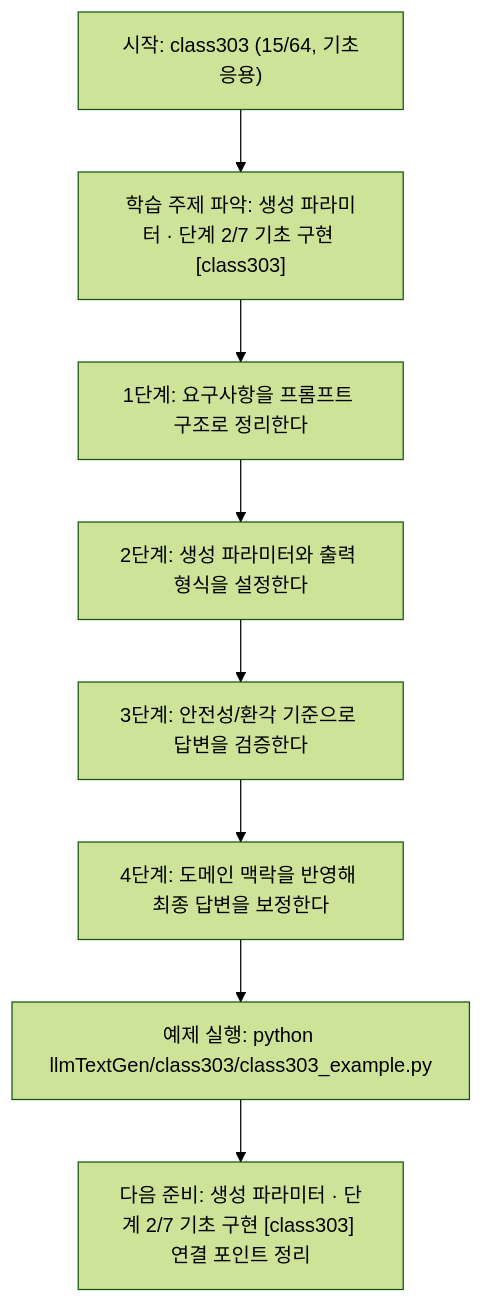
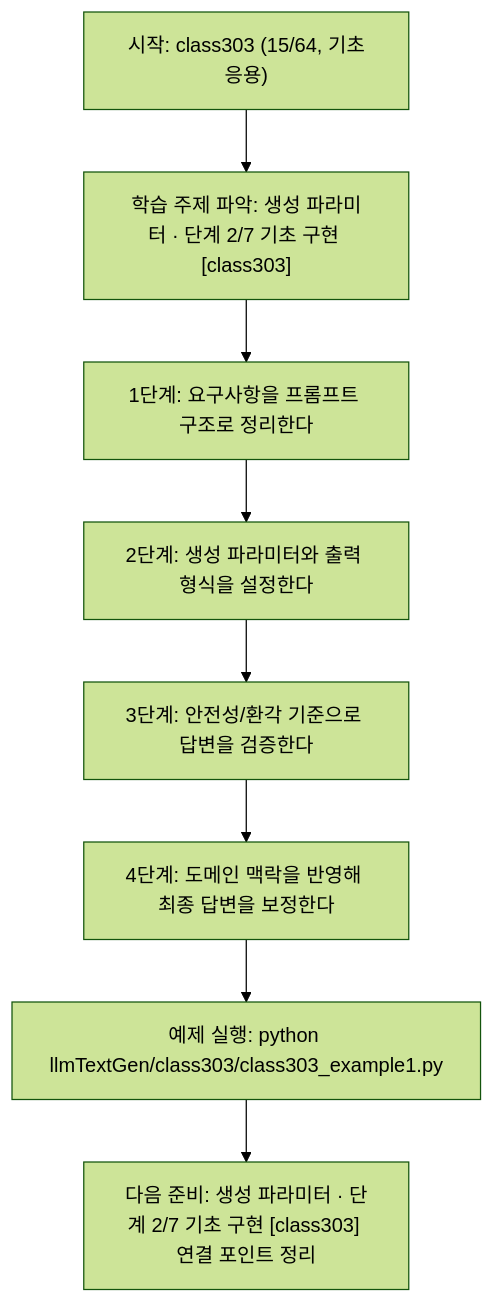
One commit to edumgt/Python-AI_Agent-Class changed the diagram in llmTextGen/class303/class303.md. Above: the diagram before and after it, drawn with Mermaid (forest theme). The commit also changed other lines of this file and 2959 other files, not shown here.

````diff
--- a/llmTextGen/class303/class303.md
+++ b/llmTextGen/class303/class303.md
@@ -113,18 +113,18 @@
 ```mermaid
 flowchart TD
 N1["시작: class303 (15/64, 기초응용)"]
 N2["학습 주제 파악: 생성 파라미터 · 단계 2/7 기초 구현 [class303]"]
 N3["1단계: 요구사항을 프롬프트 구조로 정리한다"]
 N4["2단계: 생성 파라미터와 출력 형식을 설정한다"]
 N5["3단계: 안전성/환각 기준으로 답변을 검증한다"]
 N6["4단계: 도메인 맥락을 반영해 최종 답변을 보정한다"]
-N7["예제 실행: python llmTextGen/class303/class303_example.py"]
+N7["예제 실행: python llmTextGen/class303/class303_example1.py"]
 N8["다음 준비: 생성 파라미터 · 단계 2/7 기초 구현 [class303] 연결 포인트 정리"]
 N1 --> N2
 N2 --> N3
 N3 --> N4
 N4 --> N5
 N5 --> N6
 N6 --> N7
 N7 --> N8
 ```
````
